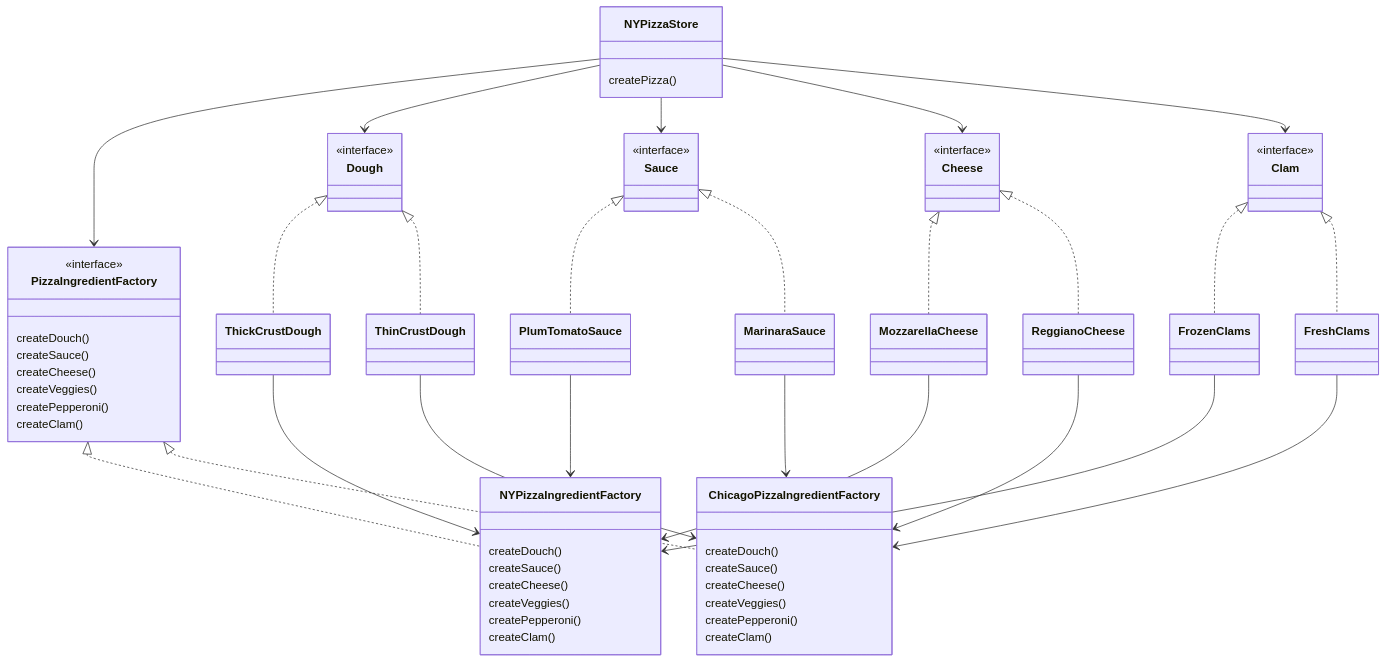
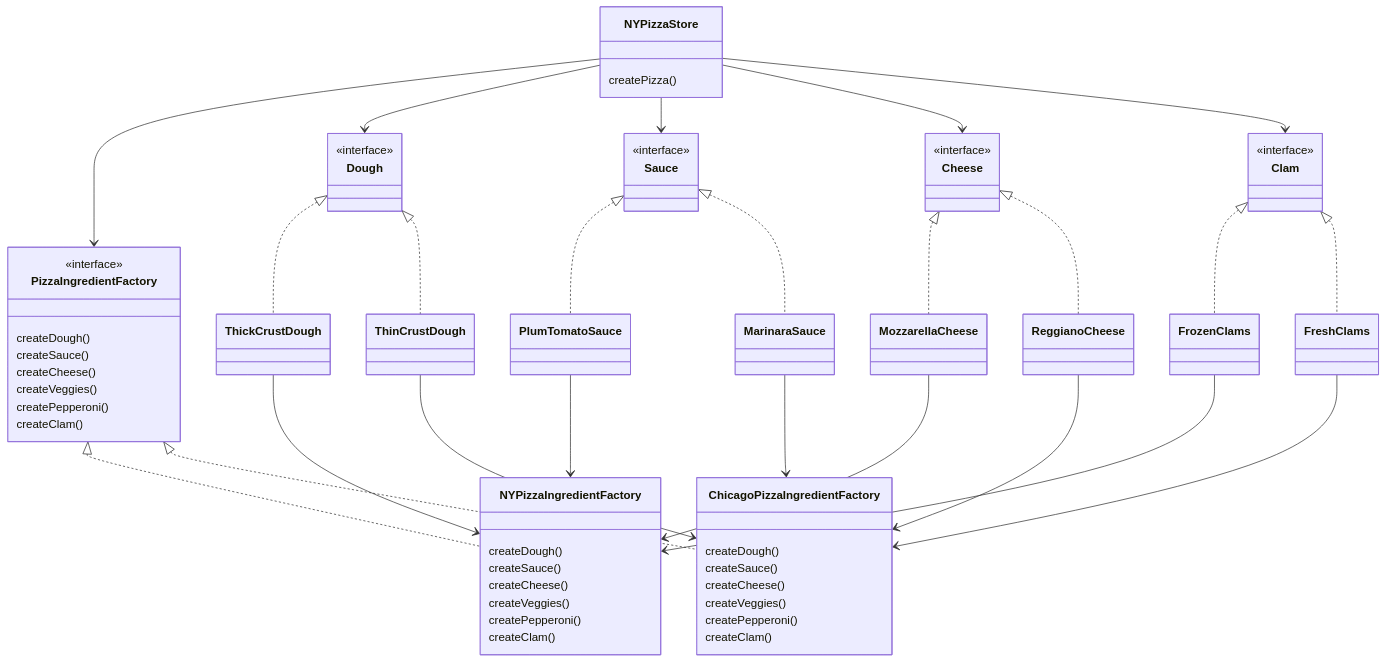
Before and after one commit to choesimin/choesimin.github.io: the second of 2 diagrams in collections/_notes/software-design/design-pattern/factory-pattern/abstract-factory-pattern.md, drawn with Mermaid. The commit also changed other lines of this file and 1 other file, not shown here.

```diff
--- a/collections/_notes/software-design/design-pattern/factory-pattern/abstract-factory-pattern.md
+++ b/collections/_notes/software-design/design-pattern/factory-pattern/abstract-factory-pattern.md
@@ -107,7 +105,7 @@
 
 class PizzaIngredientFactory {
     <<interface>>
-    createDouch()
+    createDough()
     createSauce()
     createCheese()
     createVeggies()
@@ -115,7 +113,7 @@
     createClam()
 }
 class NYPizzaIngredientFactory {
-    createDouch()
+    createDough()
     createSauce()
     createCheese()
     createVeggies()
@@ -123,7 +121,7 @@
     createClam()
 }
 class ChicagoPizzaIngredientFactory {
-    createDouch()
+    createDough()
     createSauce()
     createCheese()
     createVeggies()
@@ -155,7 +153,6 @@
 class FrozenClams
 class FreshClams
 
-
 PizzaIngredientFactory <|.. NYPizzaIngredientFactory
 PizzaIngredientFactory <|.. ChicagoPizzaIngredientFactory
 
@@ -170,7 +167,6 @@
 
 Clam <|.. FrozenClams
 Clam <|.. FreshClams
-
 
 NYPizzaStore --> PizzaIngredientFactory
 NYPizzaStore --> Dough
```
